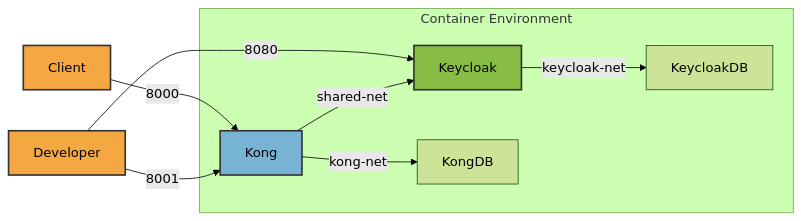
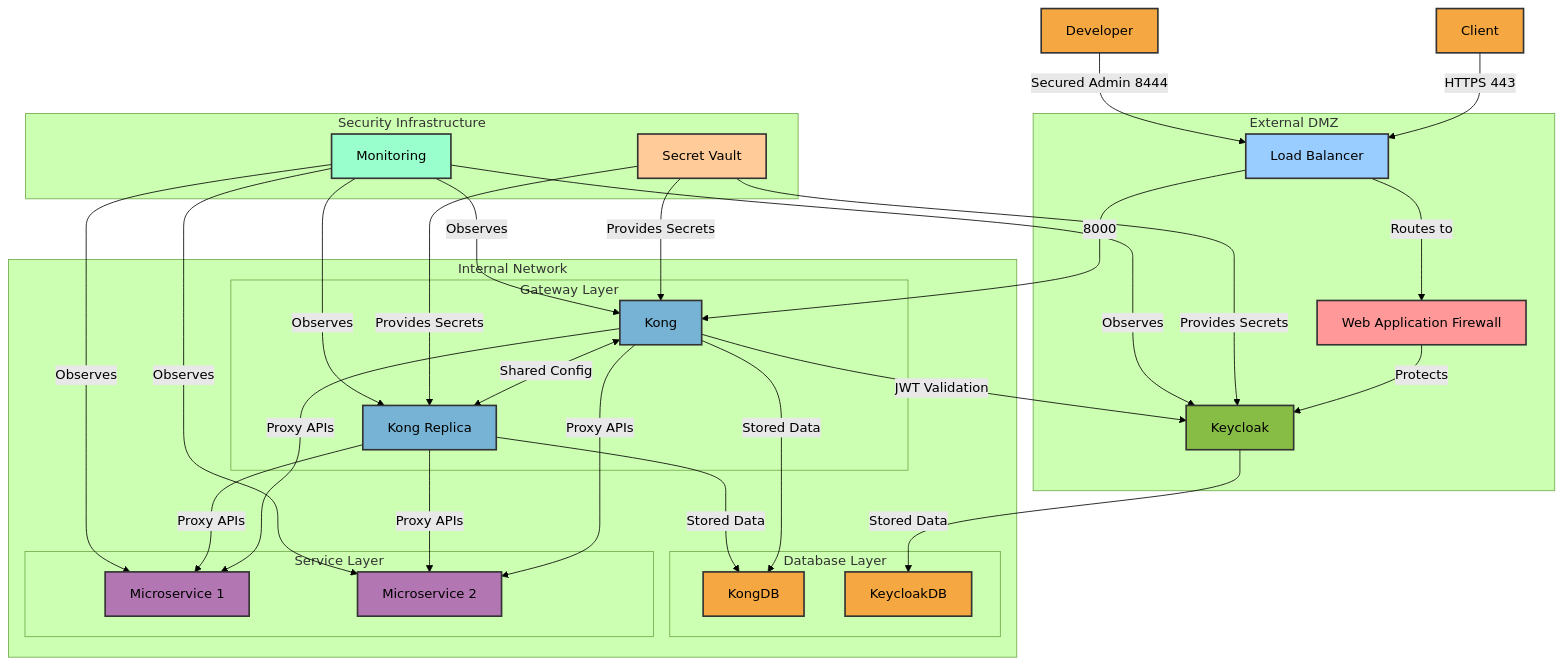
One commit to hcikikci/kong-keycloak-microservices changed the diagram in docs/container-network.mermaid. Above: the diagram before and after it, drawn with Mermaid (forest theme). The commit also changed 8 other files, not shown here.

Commit message:
Enhance README and architecture documentation for Keycloak and Kong integration. Updated descriptions for clarity, added detailed architecture features, improved Docker Compose configurations, and refined network diagrams. Included security measures and best practices for deployment.

```diff
--- a/docs/container-network.mermaid
+++ b/docs/container-network.mermaid
@@ -1,15 +1,69 @@
-graph LR
-    Client[Client] -->|8000| Kong
-    Developer[Developer] -->|8001| Kong
-    Developer -->|8080| Keycloak
+graph TB
+    Client[Client] -->|HTTPS 443| LB[Load Balancer]
+    Dev[Developer] -->|Secured Admin 8444| LB
+    LB -->|8000| Kong
     
-    subgraph "Container Environment"
-        Kong -->|shared-net| Keycloak
-        Kong -->|kong-net| KongDB
-        Keycloak -->|keycloak-net| KeycloakDB
+    subgraph "External DMZ"
+        LB
+        Keycloak
+        WAF[Web Application Firewall]
     end
     
+    WAF -->|Protects| Keycloak
+    LB -->|Routes to| WAF
+    
+    subgraph "Internal Network"
+        subgraph "Gateway Layer"
+            Kong
+            KongReplica[Kong Replica]
+        end
+        
+        subgraph "Database Layer"
+            KongDB
+            KeycloakDB
+        end
+        
+        subgraph "Service Layer"
+            Service1[Microservice 1]
+            Service2[Microservice 2]
+        end
+    end
+    
+    Kong -->|JWT Validation| Keycloak
+    Kong -->|Proxy APIs| Service1
+    Kong -->|Proxy APIs| Service2
+    KongReplica -->|Proxy APIs| Service1
+    KongReplica -->|Proxy APIs| Service2
+    
+    Kong <-->|Shared Config| KongReplica
+    Kong -->|Stored Data| KongDB
+    KongReplica -->|Stored Data| KongDB
+    Keycloak -->|Stored Data| KeycloakDB
+    
+    subgraph "Security Infrastructure"
+        Vault[Secret Vault]
+        Monitor[Monitoring]
+    end
+    
+    Vault -->|Provides Secrets| Kong
+    Vault -->|Provides Secrets| KongReplica
+    Vault -->|Provides Secrets| Keycloak
+    Monitor -->|Observes| Kong
+    Monitor -->|Observes| KongReplica
+    Monitor -->|Observes| Keycloak
+    Monitor -->|Observes| Service1
+    Monitor -->|Observes| Service2
+    
     style Kong fill:#77b3d4,stroke:#333,stroke-width:2px
+    style KongReplica fill:#77b3d4,stroke:#333,stroke-width:2px
     style Keycloak fill:#87bc45,stroke:#333,stroke-width:2px
     style Client fill:#f5a742,stroke:#333,stroke-width:2px
-    style Developer fill:#f5a742,stroke:#333,stroke-width:2px
+    style Dev fill:#f5a742,stroke:#333,stroke-width:2px
+    style LB fill:#99ccff,stroke:#333,stroke-width:2px
+    style WAF fill:#ff9999,stroke:#333,stroke-width:2px
+    style Vault fill:#ffcc99,stroke:#333,stroke-width:2px
+    style Monitor fill:#99ffcc,stroke:#333,stroke-width:2px
+    style Service1 fill:#b276b2,stroke:#333,stroke-width:2px
+    style Service2 fill:#b276b2,stroke:#333,stroke-width:2px
+    style KongDB fill:#f5a742,stroke:#333,stroke-width:2px
+    style KeycloakDB fill:#f5a742,stroke:#333,stroke-width:2px
```
